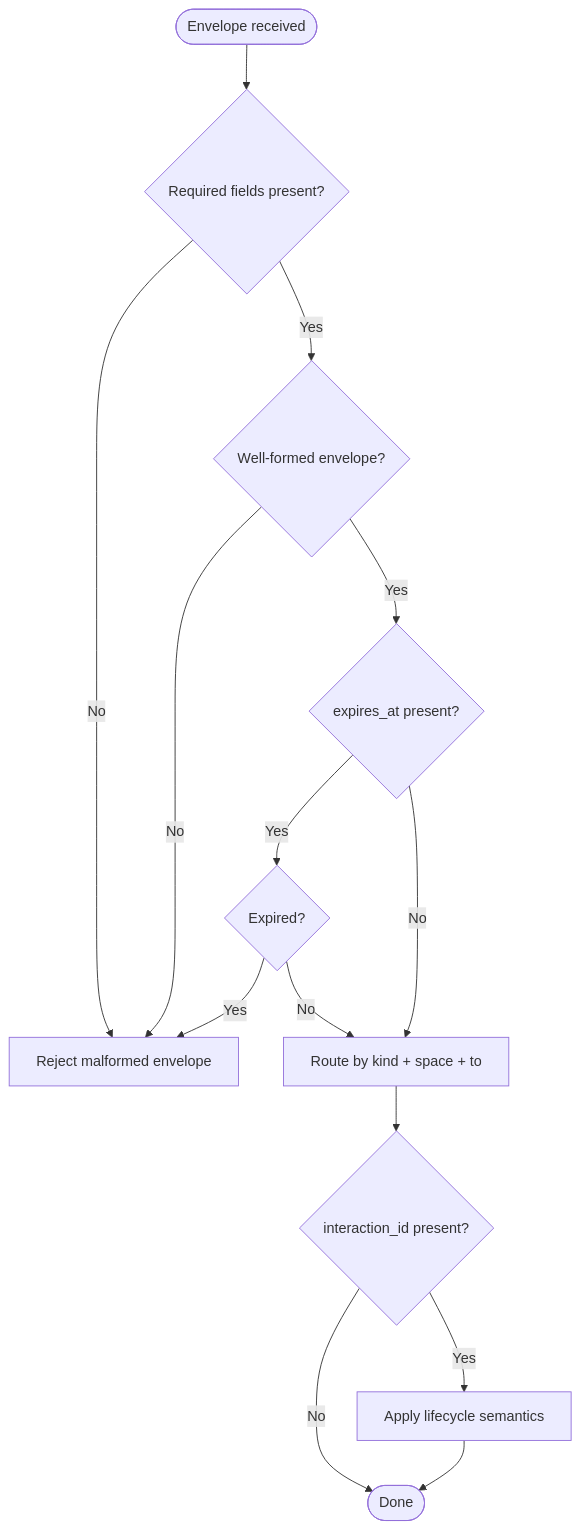
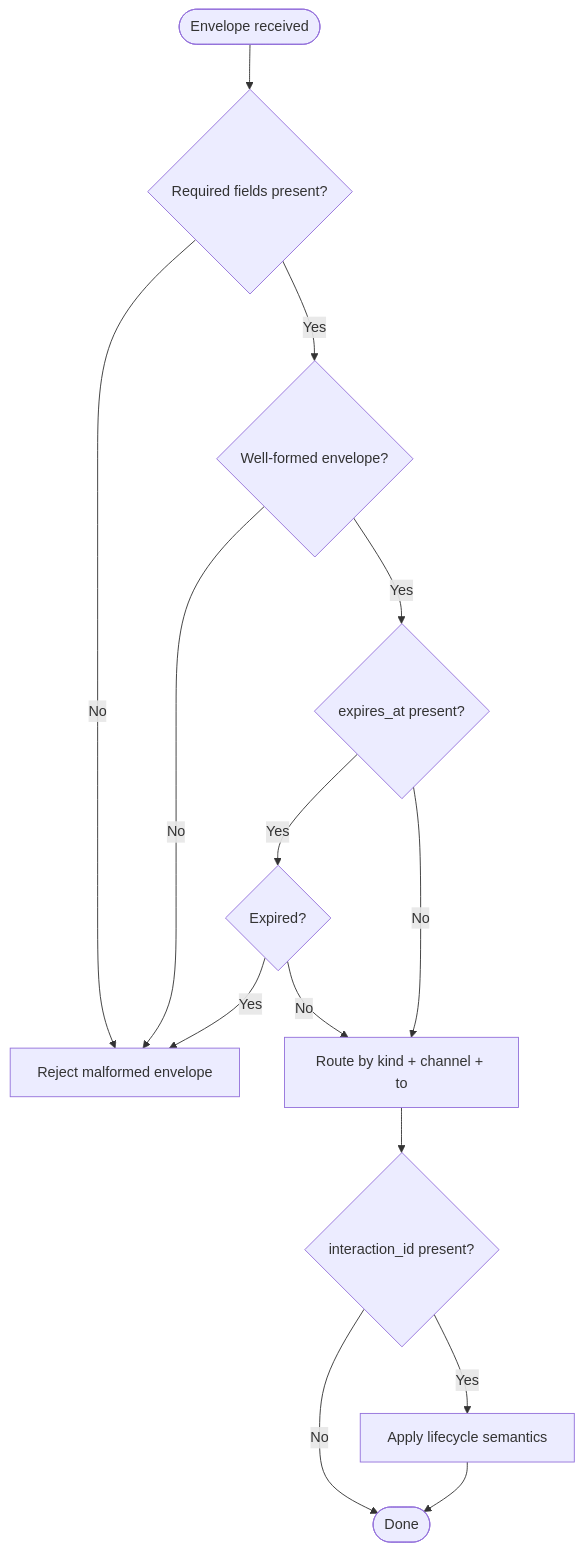
Before and after one commit to compozy/agh: the second of 7 diagrams in docs/rfcs/003_agh-network-v0.md, drawn with Mermaid. The commit also changed other lines of this file and 223 other files, not shown here.

````diff
--- a/docs/rfcs/003_agh-network-v0.md
+++ b/docs/rfcs/003_agh-network-v0.md
@@ -221,18 +221,18 @@
 ```mermaid
 flowchart TD
     Recv([Envelope received]) --> V1{Required fields present?}
     V1 -->|No| Reject[Reject malformed envelope]
     V1 -->|Yes| V2{Well-formed envelope?}
     V2 -->|No| Reject
     V2 -->|Yes| Exp{expires_at present?}
 
     Exp -->|Yes| ExpCheck{Expired?}
     ExpCheck -->|Yes| Reject
     ExpCheck -->|No| Route
-    Exp -->|No| Route[Route by kind + space + to]
+    Exp -->|No| Route[Route by kind + channel + to]
 
     Route --> LC{interaction_id present?}
     LC -->|Yes| ApplyLC[Apply lifecycle semantics]
     LC -->|No| Done([Done])
     ApplyLC --> Done
 ```
````
